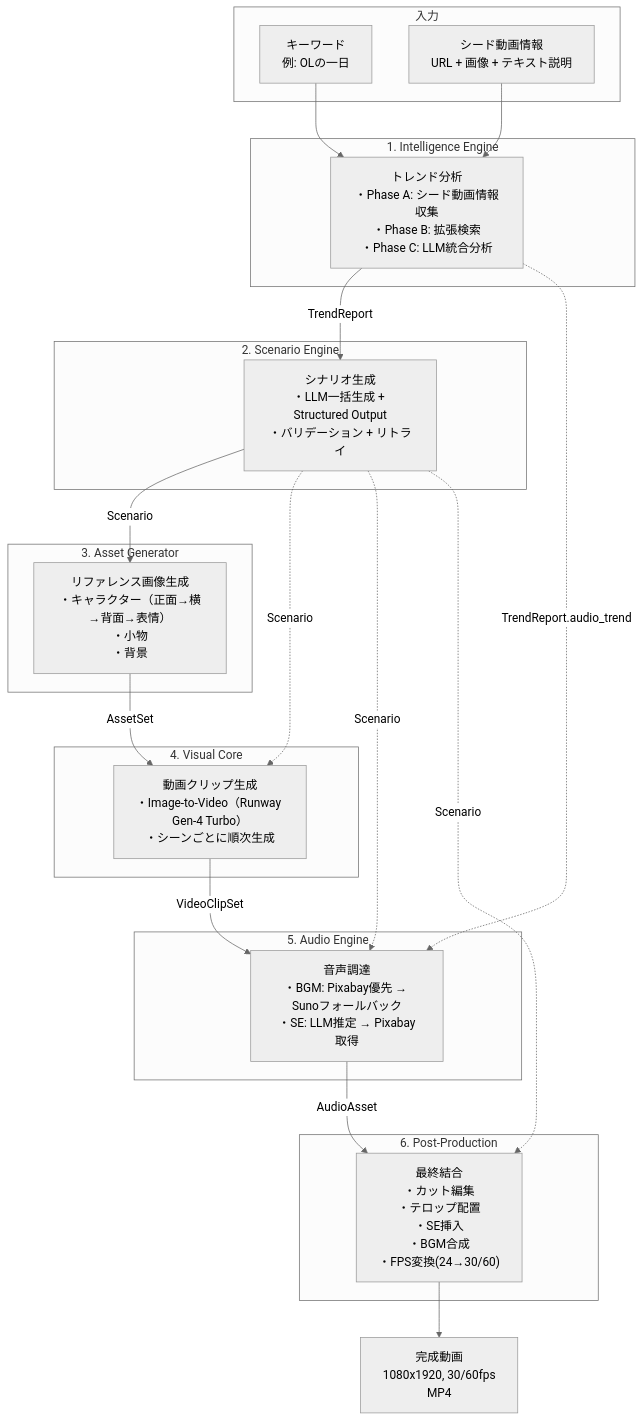
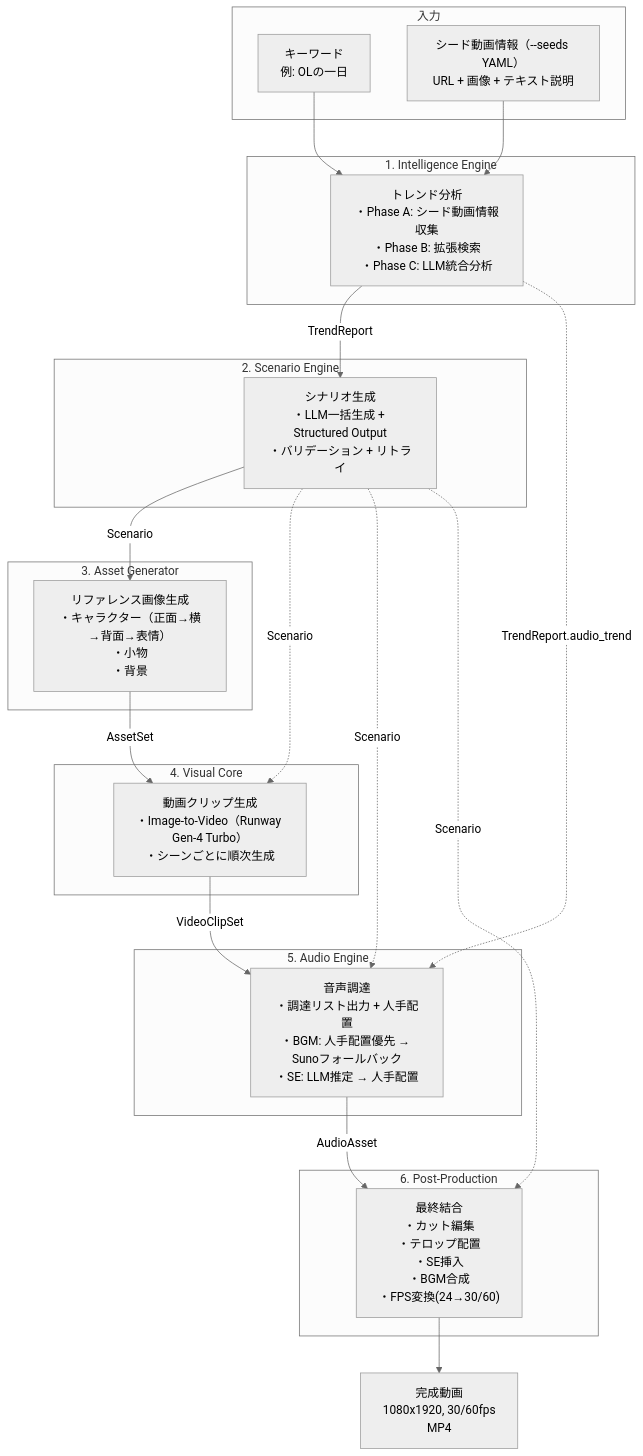
Before and after one commit to yamaguchi-milkcocholate/weekly_dev: the first of 2 diagrams in daily_routine/docs/designs/t1_overall_flow.md, drawn with Mermaid (neutral theme). The commit also changed other lines of this file and 75 other files, not shown here.

````diff
--- a/daily_routine/docs/designs/t1_overall_flow.md
+++ b/daily_routine/docs/designs/t1_overall_flow.md
@@ -29,45 +29,45 @@
 ```mermaid
 flowchart TD
     subgraph "入力"
         KW["キーワード<br/>例: OLの一日"]
-        SEED["シード動画情報<br/>URL + 画像 + テキスト説明"]
+        SEED["シード動画情報（--seeds YAML）<br/>URL + 画像 + テキスト説明"]
     end
 
     subgraph "1. Intelligence Engine"
         IE["トレンド分析<br/>・Phase A: シード動画情報収集<br/>・Phase B: 拡張検索<br/>・Phase C: LLM統合分析"]
     end
 
     subgraph "2. Scenario Engine"
         SE["シナリオ生成<br/>・LLM一括生成 + Structured Output<br/>・バリデーション + リトライ"]
     end
 
     subgraph "3. Asset Generator"
         AG["リファレンス画像生成<br/>・キャラクター（正面→横→背面→表情）<br/>・小物<br/>・背景"]
     end
 
     subgraph "4. Visual Core"
         VC["動画クリップ生成<br/>・Image-to-Video（Runway Gen-4 Turbo）<br/>・シーンごとに順次生成"]
     end
 
     subgraph "5. Audio Engine"
-        AE["音声調達<br/>・BGM: Pixabay優先 → Sunoフォールバック<br/>・SE: LLM推定 → Pixabay取得"]
+        AE["音声調達<br/>・調達リスト出力 + 人手配置<br/>・BGM: 人手配置優先 → Sunoフォールバック<br/>・SE: LLM推定 → 人手配置"]
     end
 
     subgraph "6. Post-Production"
         PP["最終結合<br/>・カット編集<br/>・テロップ配置<br/>・SE挿入<br/>・BGM合成<br/>・FPS変換(24→30/60)"]
     end
 
     KW & SEED --> IE
     IE -->|"TrendReport"| SE
     SE -->|"Scenario"| AG
     AG -->|"AssetSet"| VC
     VC -->|"VideoClipSet"| AE
     AE -->|"AudioAsset"| PP
     PP --> OUT["完成動画<br/>1080x1920, 30/60fps<br/>MP4"]
 
     %% 非直列の参照（過去ステップの出力を参照）
     SE -.->|"Scenario"| VC
     IE -.->|"TrendReport.audio_trend"| AE
     SE -.->|"Scenario"| AE
     SE -.->|"Scenario"| PP
 ```
````
